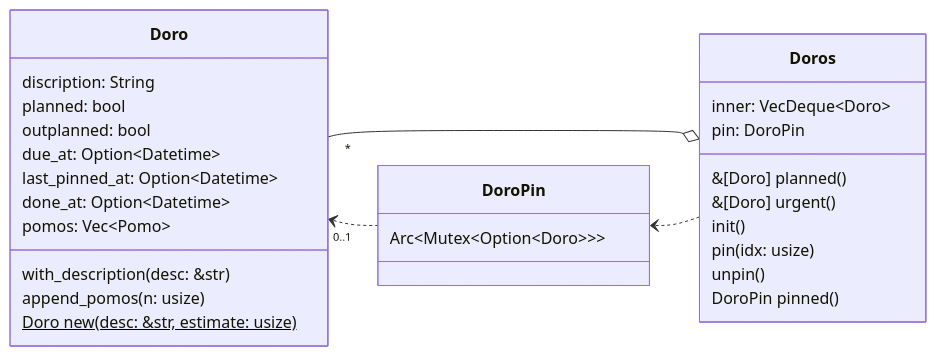
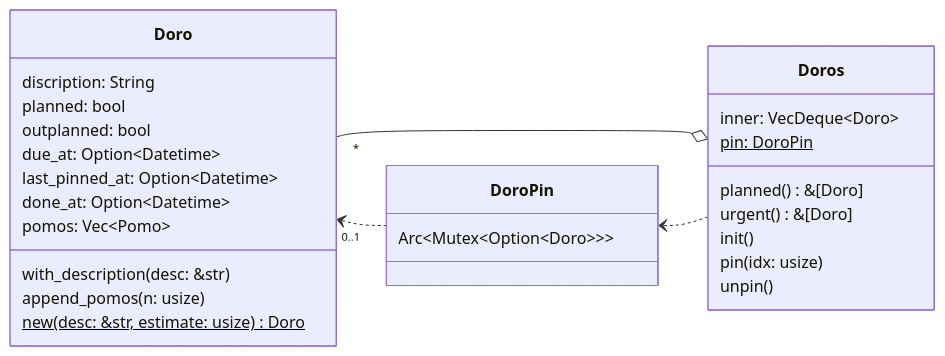
The second of 2 diagrams in src/pomo_doro/estimate-interuption.md (huangjj27/huangjj27.github.io), drawn with Mermaid before and after one commit. The commit also changed other lines of this file, not shown here.

Commit message:
修改建模的过程

````diff
--- a/src/pomo_doro/estimate-interuption.md
+++ b/src/pomo_doro/estimate-interuption.md
@@ -76,36 +76,35 @@
 ```mermaid
 classDiagram
     direction LR
 
     Doro "*" --o Doros
     Doro "0..1" <.. DoroPin
     DoroPin <.. Doros
 
     class Doro {
         discription: String
         planned: bool
         outplanned: bool
         due_at: Option~Datetime~
         last_pinned_at: Option~Datetime~
         done_at: Option~Datetime~
         pomos: Vec~Pomo~
         with_description(desc: &str)
         append_pomos(n: usize)
-        Doro new(desc: &str, estimate: usize) $
+        new(desc: &str, estimate: usize) Doro$
     }
 
     class Doros {
         inner: VecDeque~Doro~
-        pin: DoroPin
-        &[Doro] planned()
-        &[Doro] urgent()
+        pin: DoroPin$
+        planned() &[Doro]
+        urgent() &[Doro]
         init()
         pin(idx: usize)
         unpin()
-        DoroPin pinned()
     }
 
     class DoroPin {
         Arc~Mutex~Option~Doro~~~
     }
 ```
````
